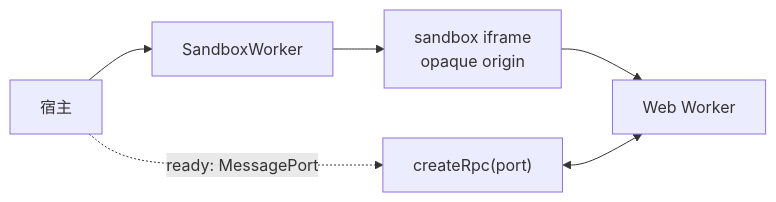
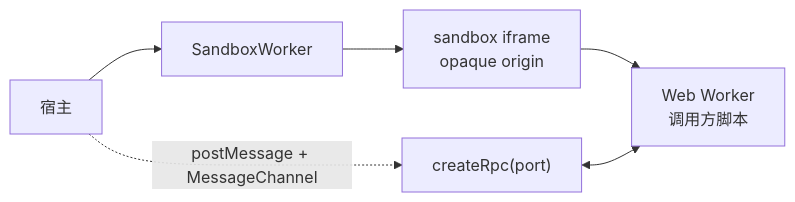
Before and after one commit to x-botlab/mica-js: the diagram in packages/sandbox/README.md, drawn with Mermaid. The commit also changed other lines of this file and 391 other files, not shown here.

````diff
--- a/packages/sandbox/README.md
+++ b/packages/sandbox/README.md
@@ -55,8 +84,8 @@
 ```mermaid
 flowchart LR
   host["宿主"] --> worker["SandboxWorker"]
   worker --> frame["sandbox iframe<br/>opaque origin"]
-  frame --> guest["Web Worker"]
-  host -. "ready: MessagePort" .-> rpc["createRpc(port)"]
+  frame --> guest["Web Worker<br/>调用方脚本"]
+  host -. "postMessage + MessageChannel" .-> rpc["createRpc(port)"]
   rpc <--> guest
 ```
````
